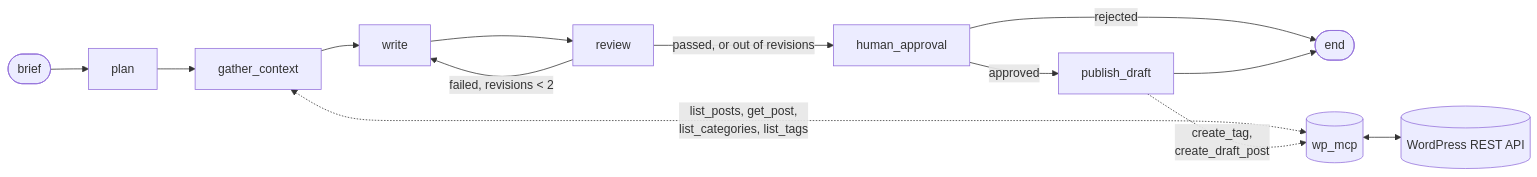
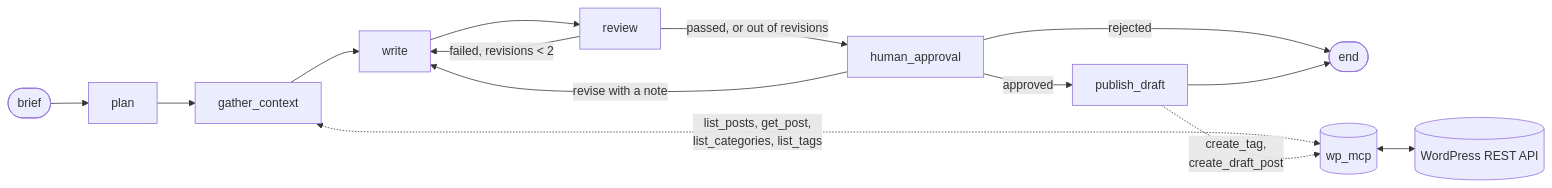
One commit to reeenatamc/wp-content-agent changed the diagram in README.md. Above: the diagram before and after it, drawn with Mermaid. The commit also changed other lines of this file and 21 other files, not shown here.

````diff
--- a/README.md
+++ b/README.md
@@ -18,16 +18,17 @@
 ```mermaid
 flowchart LR
     brief([brief]) --> plan
     plan --> gather_context
     gather_context --> write
     write --> review
     review -- "failed, revisions < 2" --> write
     review -- "passed, or out of revisions" --> human_approval
     human_approval -- approved --> publish_draft
+    human_approval -- "revise with a note" --> write
     human_approval -- rejected --> done([end])
     publish_draft --> done
 
     gather_context <-. "list_posts, get_post,<br/>list_categories, list_tags" .-> mcp[(wp_mcp)]
     publish_draft -. "create_tag,<br/>create_draft_post" .-> mcp
     mcp <--> wp[(WordPress REST API)]
 ```
````
